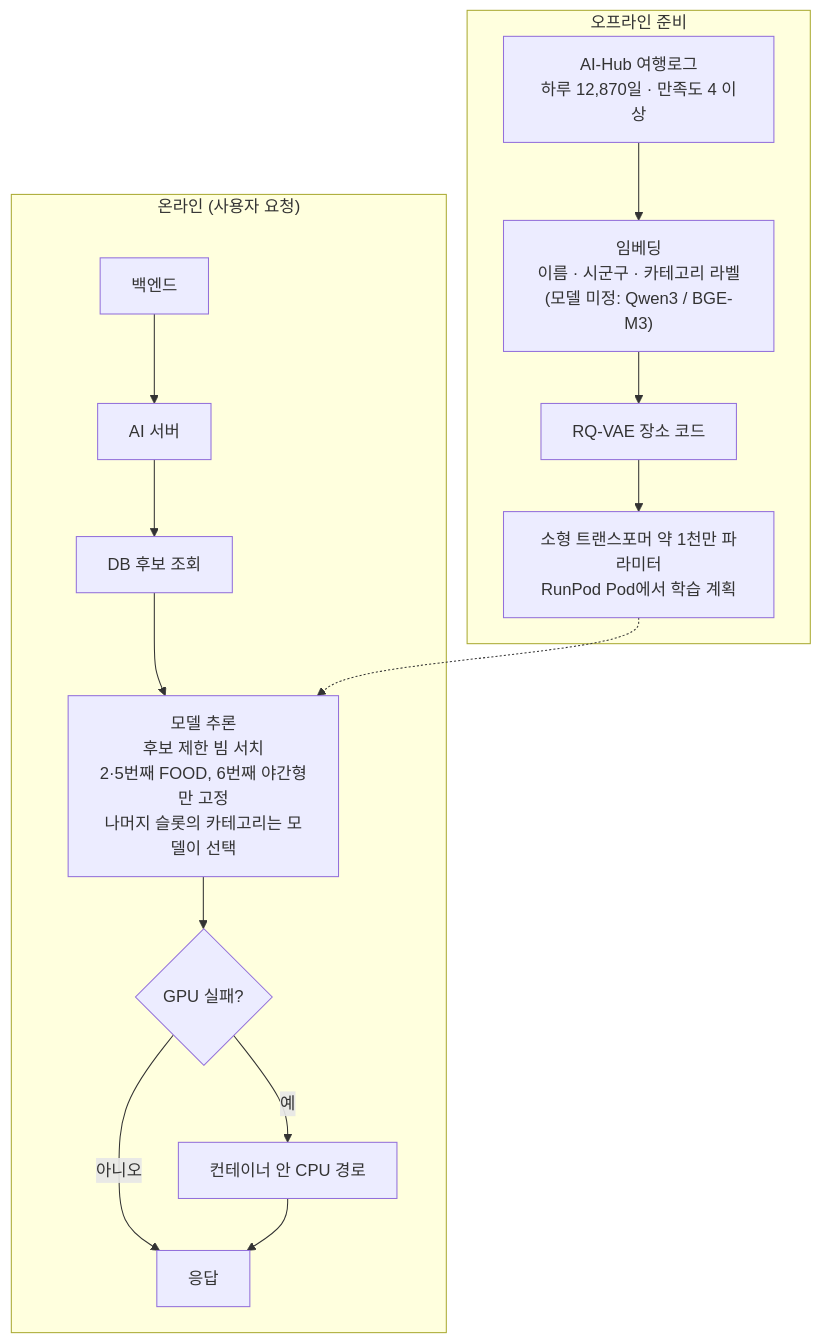
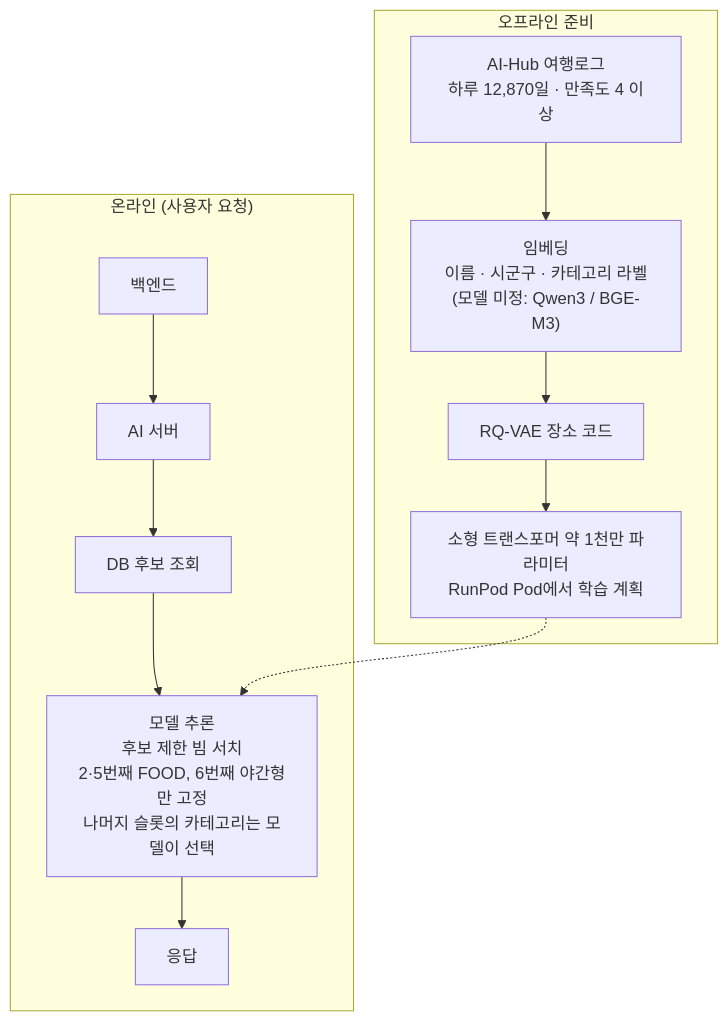
The second of 3 diagrams in docs/trips/place-selection-evolution.md (100-hours-a-week/KTB4-20th-AI), drawn with Mermaid before and after one commit. The commit also changed other lines of this file and 16 other files, not shown here.

````diff
--- a/docs/trips/place-selection-evolution.md
+++ b/docs/trips/place-selection-evolution.md
@@ -68,18 +68,15 @@
 ```mermaid
 flowchart TD
     subgraph OFF["오프라인 준비"]
         L["AI-Hub 여행로그<br/>하루 12,870일 · 만족도 4 이상"] --> E["임베딩<br/>이름 · 시군구 · 카테고리 라벨<br/>(모델 미정: Qwen3 / BGE-M3)"]
         E --> C["RQ-VAE 장소 코드"]
         C --> T["소형 트랜스포머 약 1천만 파라미터<br/>RunPod Pod에서 학습 계획"]
     end
     subgraph ON["온라인 (사용자 요청)"]
         BE["백엔드"] --> AI["AI 서버"]
         AI --> D["DB 후보 조회"]
         D --> M["모델 추론<br/>후보 제한 빔 서치<br/>2·5번째 FOOD, 6번째 야간형만 고정<br/>나머지 슬롯의 카테고리는 모델이 선택"]
-        M --> F{"GPU 실패?"}
-        F -- "예" --> CPU["컨테이너 안 CPU 경로"]
-        F -- "아니오" --> RES["응답"]
-        CPU --> RES
+        M --> RES["응답"]
     end
     T -.-> M
 ```
````
